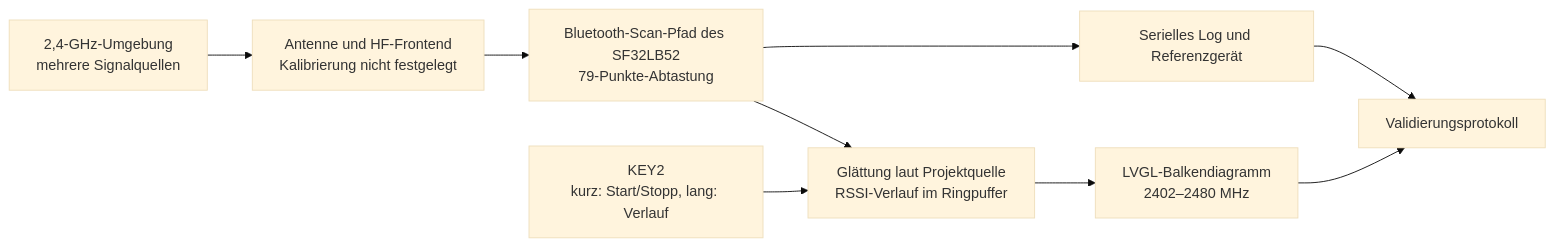
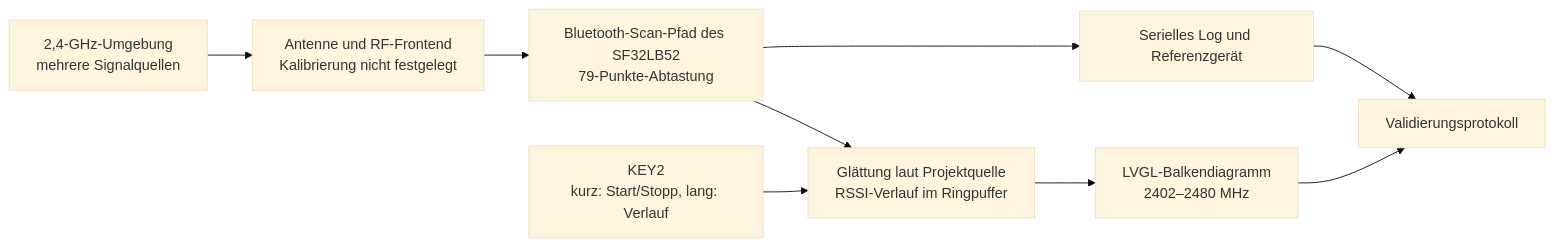
Before and after one commit to uForge-io/uforge-site: the diagram in docs_de/projects/radiation-monitor.md, drawn with Mermaid (base theme). The commit also changed other lines of this file and 1299 other files, not shown here.

````diff
--- a/docs_de/projects/radiation-monitor.md
+++ b/docs_de/projects/radiation-monitor.md
@@ -126,11 +126,11 @@
 ```mermaid
 flowchart LR
-    E["2,4-GHz-Umgebung\nmehrere Signalquellen"] --> A["Antenne und HF-Frontend\nKalibrierung nicht festgelegt"]
+    E["2,4-GHz-Umgebung\nmehrere Signalquellen"] --> A["Antenne und RF-Frontend\nKalibrierung nicht festgelegt"]
     A --> R["Bluetooth-Scan-Pfad des SF32LB52\n79-Punkte-Abtastung"]
     R --> S["Glättung laut Projektquelle\nRSSI-Verlauf im Ringpuffer"]
     S --> U["LVGL-Balkendiagramm\n2402–2480 MHz"]
     K["KEY2\nkurz: Start/Stopp, lang: Verlauf"] --> S
     L["Serielles Log und Referenzgerät"] --> V["Validierungsprotokoll"]
     R --> L
     U --> V
 ```
````
